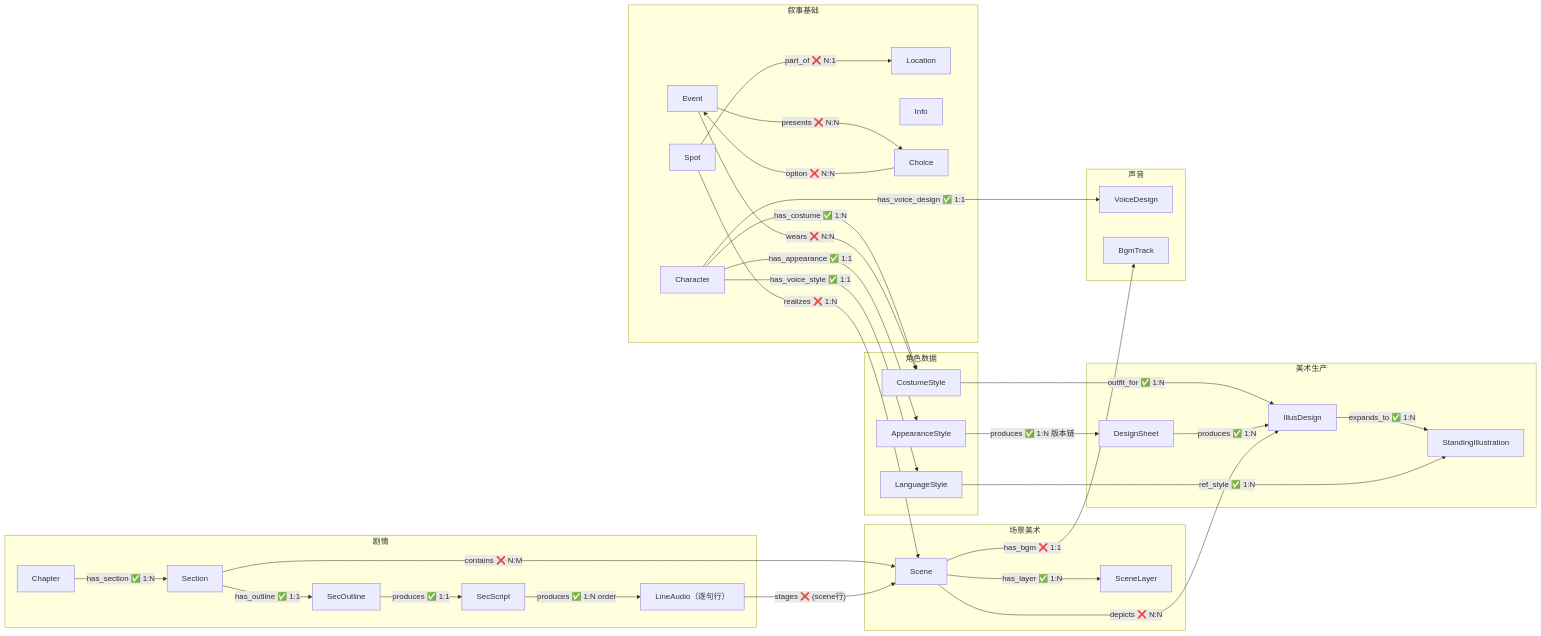
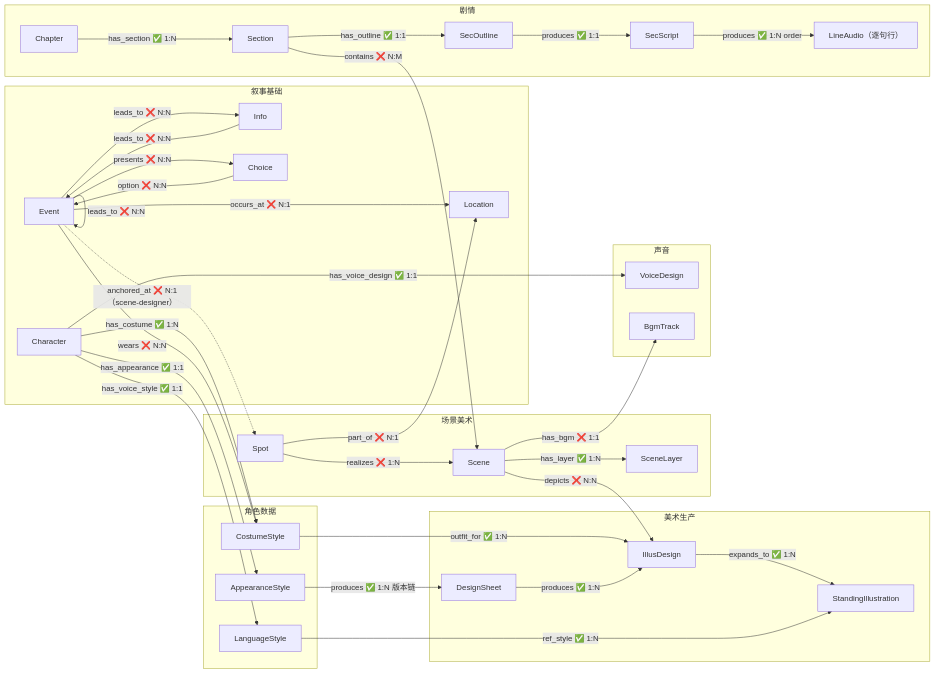
The diagram in 00_init/Schema总览.md (CrazyJinn/ProxyLove), drawn with Mermaid before and after one commit. The commit also changed other lines of this file and 52 other files, not shown here.

````diff
--- a/00_init/Schema总览.md
+++ b/00_init/Schema总览.md
@@ -102,65 +105,69 @@
 ```mermaid
 flowchart LR
     subgraph 叙事["叙事基础"]
         Character["Character"]
         Event["Event"]
         Location["Location"]
-        Spot["Spot"]
         Info["Info"]
         Choice["Choice"]
     end
 
     subgraph 角色数据["角色数据"]
         Appearance["AppearanceStyle"]
         Costume["CostumeStyle"]
         Language["LanguageStyle"]
     end
 
     subgraph 美术生产["美术生产"]
         DesignSheet["DesignSheet"]
         IllusDesign["IllusDesign"]
         StandingIllus["StandingIllustration"]
     end
 
     subgraph 场景美术["场景美术"]
+        Spot["Spot"]
         Scene["Scene"]
         SceneLayer["SceneLayer"]
     end
 
     subgraph 声音["声音"]
         Voice["VoiceDesign"]
         BgmTrack["BgmTrack"]
     end
 
     subgraph 剧情["剧情"]
         Chapter["Chapter"]
         Section["Section"]
         SecOutline["SecOutline"]
         SecScript["SecScript"]
         LineAudio["LineAudio（逐句行）"]
     end
 
     Character -->|"has_appearance ✅ 1:1"| Appearance
     Character -->|"has_costume ✅ 1:N"| Costume
     Character -->|"has_voice_style ✅ 1:1"| Language
     Character -->|"has_voice_design ✅ 1:1"| Voice
     Appearance -->|"produces ✅ 1:N 版本链"| DesignSheet
     Costume -->|"outfit_for ✅ 1:N"| IllusDesign
     DesignSheet -->|"produces ✅ 1:N"| IllusDesign
+    Event -->|"occurs_at ❌ N:1"| Location
+    Event -.->|"anchored_at ❌ N:1（scene-designer）"| Spot
     Event -->|"wears ❌ N:N"| Costume
+    Event -->|"leads_to ❌ N:N"| Event
+    Event -->|"leads_to ❌ N:N"| Info
+    Info -->|"leads_to ❌ N:N"| Event
     Event -->|"presents ❌ N:N"| Choice
     Choice -->|"option ❌ N:N"| Event
     IllusDesign -->|"expands_to ✅ 1:N"| StandingIllus
     Language -->|"ref_style ✅ 1:N"| StandingIllus
     Spot -->|"part_of ❌ N:1"| Location
     Spot -->|"realizes ❌ 1:N"| Scene
     Scene -->|"has_layer ✅ 1:N"| SceneLayer
     Chapter -->|"has_section ✅ 1:N"| Section
     Section -->|"has_outline ✅ 1:1"| SecOutline
     SecOutline -->|"produces ✅ 1:1"| SecScript
     SecScript -->|"produces ✅ 1:N order"| LineAudio
     Section -->|"contains ❌ N:M"| Scene
-    LineAudio -->|"stages ❌ (scene行)"| Scene
     Scene -->|"depicts ❌ N:N"| IllusDesign
     Scene -->|"has_bgm ❌ 1:1"| BgmTrack
 ```
````
